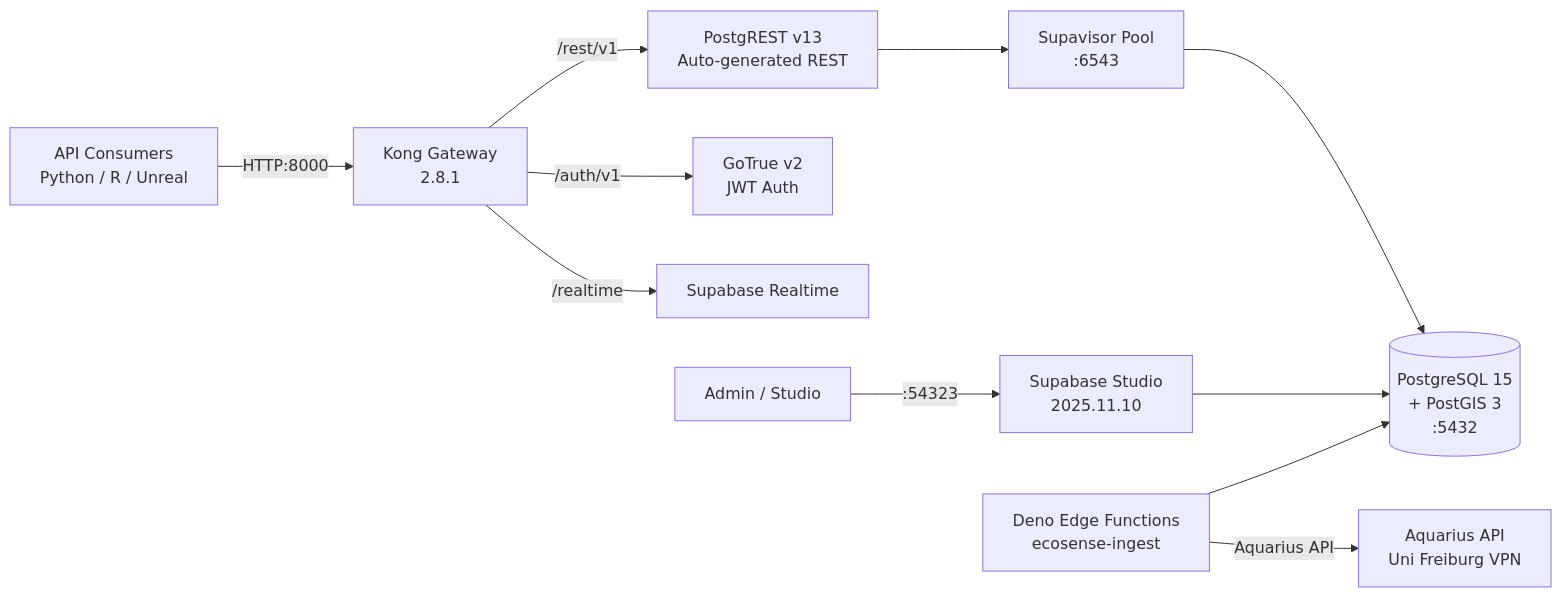
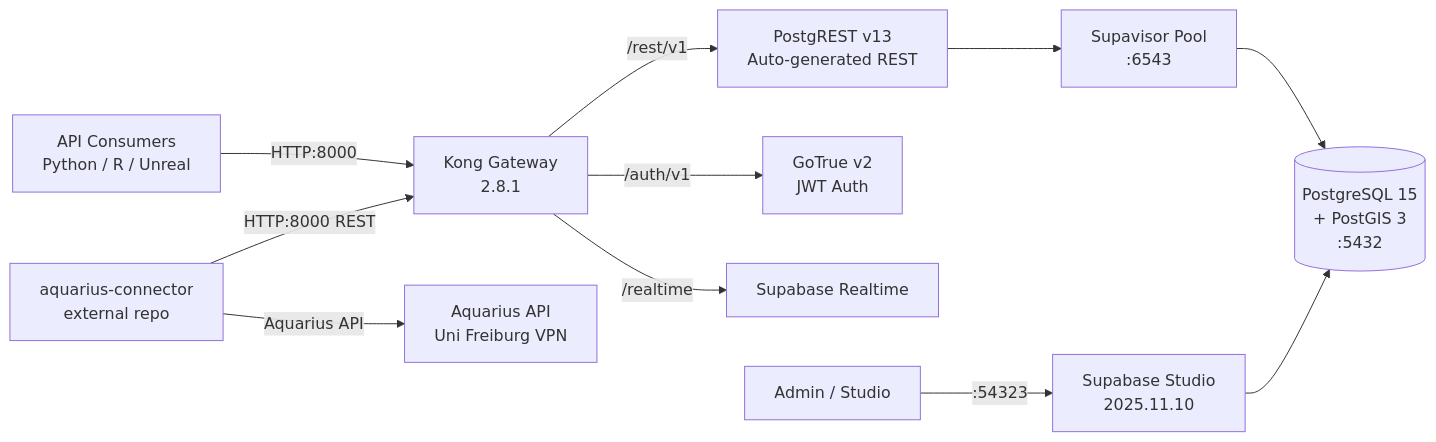
The second of 8 diagrams in docs/architecture.md (XRFutureForests/digital-twin-db), drawn with Mermaid before and after one commit. The commit also changed other lines of this file and 16 other files, not shown here.

First line of the commit message:
docs: bring documentation in line with the restructured schema

````diff
--- a/docs/architecture.md
+++ b/docs/architecture.md
@@ -143,13 +143,13 @@
 ```mermaid
 graph LR
     Client[API Consumers<br/>Python / R / Unreal] -->|HTTP:8000| Kong[Kong Gateway<br/>2.8.1]
     Kong -->|/rest/v1| PostgREST[PostgREST v13<br/>Auto-generated REST]
     Kong -->|/auth/v1| GoTrue[GoTrue v2<br/>JWT Auth]
     Kong -->|/realtime| Realtime[Supabase Realtime]
     PostgREST --> Supavisor[Supavisor Pool<br/>:6543]
     Supavisor --> PG[(PostgreSQL 15<br/>+ PostGIS 3<br/>:5432)]
     Admin[Admin / Studio] -->|:54323| Studio[Supabase Studio<br/>2025.11.10]
     Studio --> PG
-    Functions[Deno Edge Functions<br/>ecosense-ingest] -->|Aquarius API| AQ[Aquarius API<br/>Uni Freiburg VPN]
-    Functions --> PG
+    Connector[aquarius-connector<br/>external repo] -->|Aquarius API| AQ[Aquarius API<br/>Uni Freiburg VPN]
+    Connector -->|HTTP:8000 REST| Kong
 ```
````
